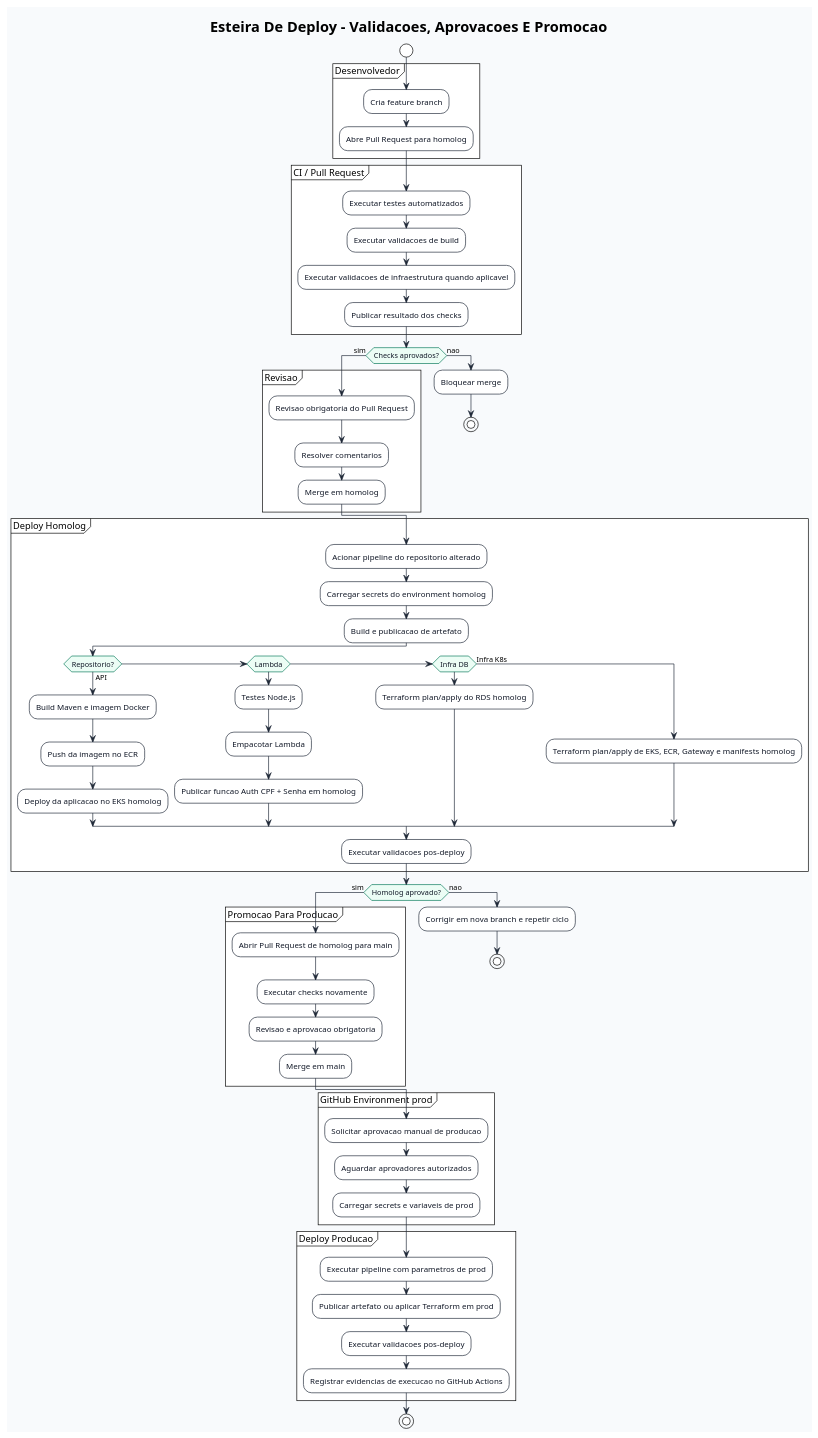
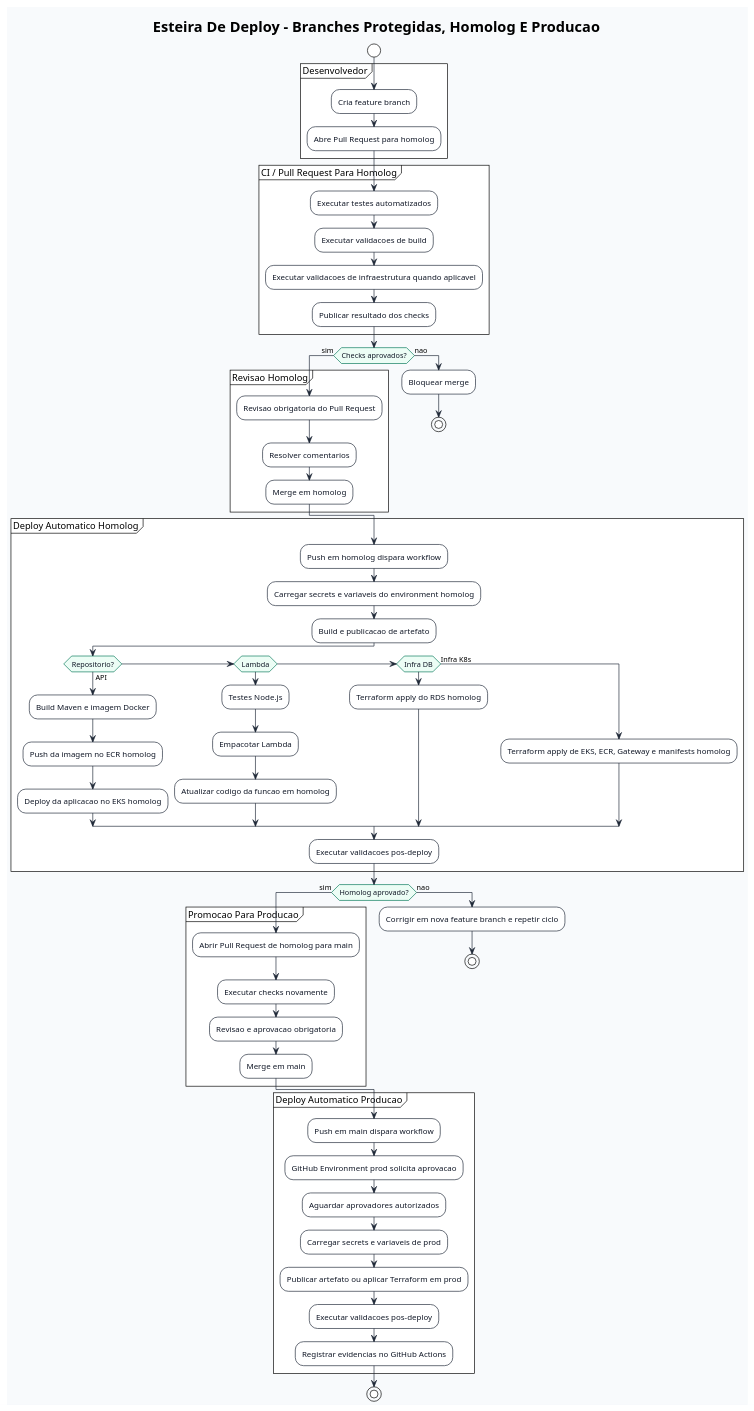
One commit to techdgconsulting/oficina-dgcar-docs changed the diagram in docs/arquitetura/deploy-pipeline-flow.puml. Above: the diagram before and after it, drawn with PlantUML. The commit also changed 2 other files, not shown here.

Commit message:
docs: alinhar promocao homolog e producao

```diff
--- a/docs/arquitetura/deploy-pipeline-flow.puml
+++ b/docs/arquitetura/deploy-pipeline-flow.puml
@@ -1,88 +1,85 @@
 @startuml deploy-pipeline-flow
 !theme plain
 skinparam backgroundColor #F8FAFC
 skinparam shadowing false
 skinparam ArrowColor #1F2937
 skinparam defaultTextAlignment center
 skinparam activity {
   BackgroundColor #FFFFFF
   BorderColor #1F2937
   FontColor #111827
   DiamondBackgroundColor #ECFDF5
   DiamondBorderColor #047857
 }
 
-title Esteira De Deploy - Validacoes, Aprovacoes E Promocao
+title Esteira De Deploy - Branches Protegidas, Homolog E Producao
 
 start
 
 partition "Desenvolvedor" {
   :Cria feature branch;
   :Abre Pull Request para homolog;
 }
 
-partition "CI / Pull Request" {
+partition "CI / Pull Request Para Homolog" {
   :Executar testes automatizados;
   :Executar validacoes de build;
   :Executar validacoes de infraestrutura quando aplicavel;
   :Publicar resultado dos checks;
 }
 
 if (Checks aprovados?) then (sim)
-  partition "Revisao" {
+  partition "Revisao Homolog" {
     :Revisao obrigatoria do Pull Request;
     :Resolver comentarios;
     :Merge em homolog;
   }
 else (nao)
   :Bloquear merge;
   stop
 endif
 
-partition "Deploy Homolog" {
-  :Acionar pipeline do repositorio alterado;
-  :Carregar secrets do environment homolog;
+partition "Deploy Automatico Homolog" {
+  :Push em homolog dispara workflow;
+  :Carregar secrets e variaveis do environment homolog;
   :Build e publicacao de artefato;
   if (Repositorio?) then (API)
     :Build Maven e imagem Docker;
-    :Push da imagem no ECR;
+    :Push da imagem no ECR homolog;
     :Deploy da aplicacao no EKS homolog;
   elseif (Lambda)
     :Testes Node.js;
     :Empacotar Lambda;
-    :Publicar funcao Auth CPF + Senha em homolog;
+    :Atualizar codigo da funcao em homolog;
   elseif (Infra DB)
-    :Terraform plan/apply do RDS homolog;
+    :Terraform apply do RDS homolog;
   else (Infra K8s)
-    :Terraform plan/apply de EKS, ECR, Gateway e manifests homolog;
+    :Terraform apply de EKS, ECR, Gateway e manifests homolog;
   endif
   :Executar validacoes pos-deploy;
 }
 
 if (Homolog aprovado?) then (sim)
   partition "Promocao Para Producao" {
     :Abrir Pull Request de homolog para main;
     :Executar checks novamente;
     :Revisao e aprovacao obrigatoria;
     :Merge em main;
   }
 else (nao)
-  :Corrigir em nova branch e repetir ciclo;
+  :Corrigir em nova feature branch e repetir ciclo;
   stop
 endif
 
-partition "GitHub Environment prod" {
-  :Solicitar aprovacao manual de producao;
+partition "Deploy Automatico Producao" {
+  :Push em main dispara workflow;
+  :GitHub Environment prod solicita aprovacao;
   :Aguardar aprovadores autorizados;
   :Carregar secrets e variaveis de prod;
-}
-
-partition "Deploy Producao" {
-  :Executar pipeline com parametros de prod;
   :Publicar artefato ou aplicar Terraform em prod;
   :Executar validacoes pos-deploy;
-  :Registrar evidencias de execucao no GitHub Actions;
+  :Registrar evidencias no GitHub Actions;
 }
 
 stop
 @enduml
```
